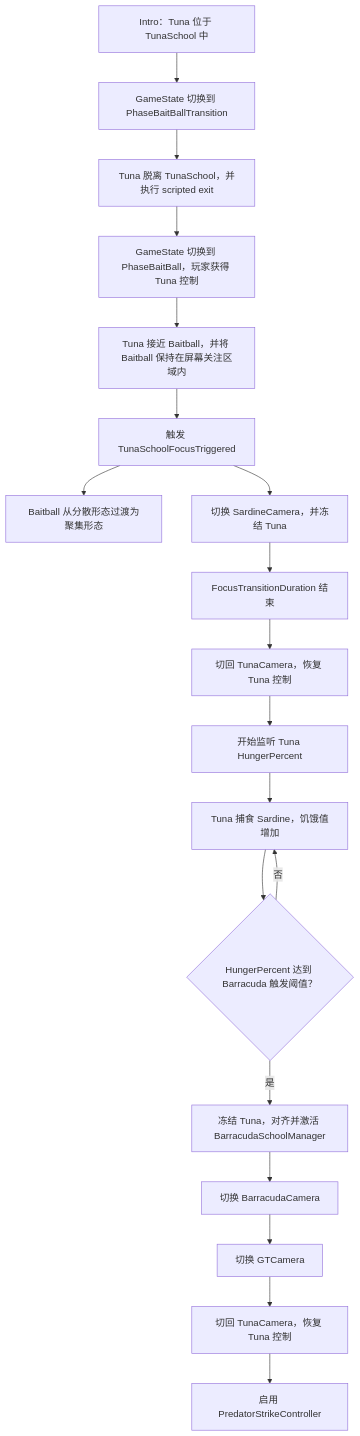
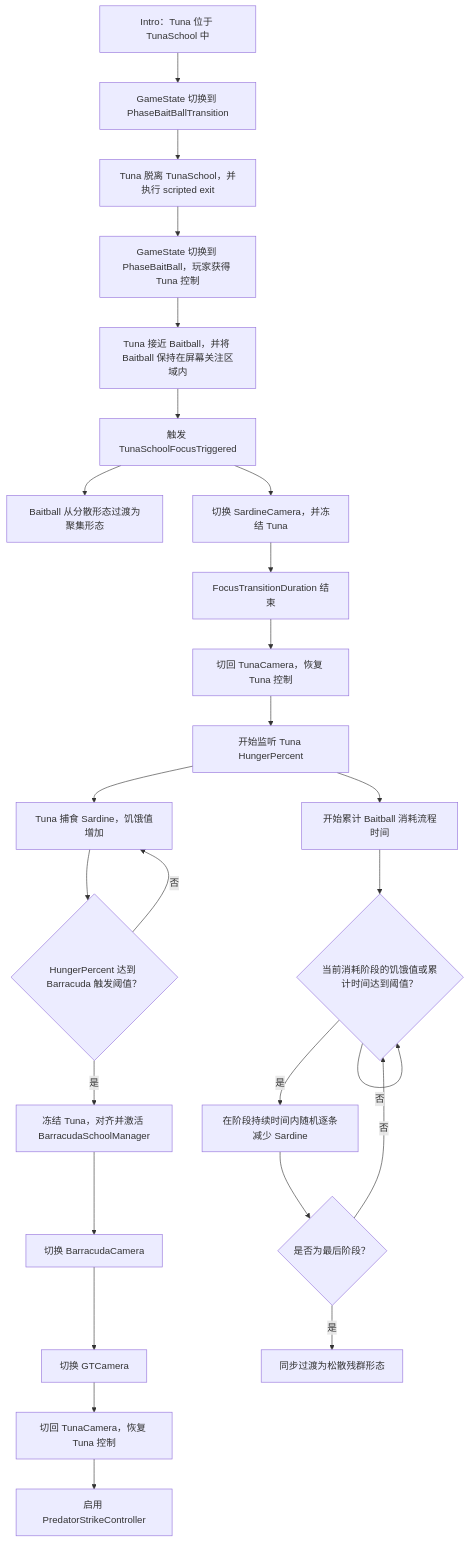
One commit to SotaDucks/ProjectBaitBall changed the diagram in docs/gameplay-flow.md. Above: the diagram before and after it, drawn with Mermaid. The commit also changed other lines of this file and 4 other files, not shown here.

````diff
--- a/docs/gameplay-flow.md
+++ b/docs/gameplay-flow.md
@@ -7,21 +7,28 @@
 ```mermaid
 flowchart TD
     A["Intro：Tuna 位于 TunaSchool 中"] --> B["GameState 切换到 PhaseBaitBallTransition"]
     B --> C["Tuna 脱离 TunaSchool，并执行 scripted exit"]
     C --> D["GameState 切换到 PhaseBaitBall，玩家获得 Tuna 控制"]
     D --> E["Tuna 接近 Baitball，并将 Baitball 保持在屏幕关注区域内"]
     E --> F["触发 TunaSchoolFocusTriggered"]
     F --> G["Baitball 从分散形态过渡为聚集形态"]
     F --> H["切换 SardineCamera，并冻结 Tuna"]
     H --> I["FocusTransitionDuration 结束"]
     I --> J["切回 TunaCamera，恢复 Tuna 控制"]
     J --> K["开始监听 Tuna HungerPercent"]
     K --> L["Tuna 捕食 Sardine，饥饿值增加"]
     L --> M{"HungerPercent 达到 Barracuda 触发阈值？"}
     M -- "否" --> L
     M -- "是" --> N["冻结 Tuna，对齐并激活 BarracudaSchoolManager"]
     N --> O["切换 BarracudaCamera"]
     O --> P["切换 GTCamera"]
     P --> Q["切回 TunaCamera，恢复 Tuna 控制"]
     Q --> R["启用 PredatorStrikeController"]
+    K --> S["开始累计 Baitball 消耗流程时间"]
+    S --> T{"当前消耗阶段的饥饿值或累计时间达到阈值？"}
+    T -- "否" --> T
+    T -- "是" --> U["在阶段持续时间内随机逐条减少 Sardine"]
+    U --> V{"是否为最后阶段？"}
+    V -- "否" --> T
+    V -- "是" --> W["同步过渡为松散残群形态"]
 ```
````
